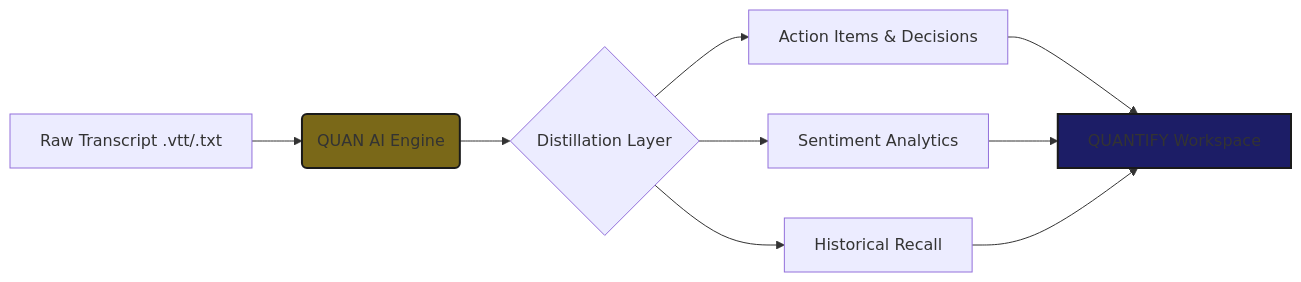
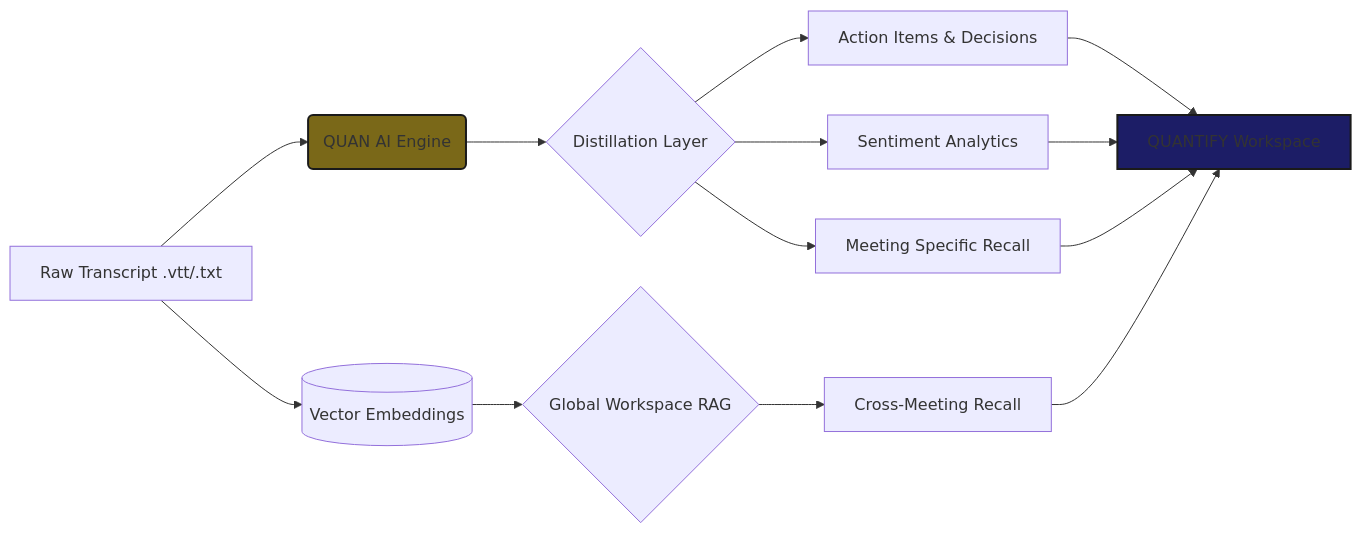
One commit to alexmathews03/quantify-meeting-intelligence-hub changed the diagram in README.md. Above: the diagram before and after it, drawn with Mermaid. The commit also changed other lines of this file, not shown here.

Commit message:
docs: Update README with RAG, Analytics, and Gemini specs

````diff
--- a/README.md
+++ b/README.md
@@ -24,11 +24,14 @@
 ```mermaid
 graph LR
-    Input[Raw Transcript .vtt/.txt] --> Engine(QUAN AI Engine)
+    Input[Raw Transcript .vtt/.txt] --> EmbedStore[(Vector Embeddings)]
+    Input --> Engine(QUAN AI Engine)
     Engine --> Logic{Distillation Layer}
     Logic --> Items[Action Items & Decisions]
     Logic --> Sentiment[Sentiment Analytics]
-    Logic --> Context[Historical Recall]
-    Items & Sentiment & Context --> Workspace[QUANTIFY Workspace]
+    Logic --> Context[Meeting Specific Recall]
+    EmbedStore --> GlobalRAG{Global Workspace RAG}
+    GlobalRAG --> GlobalContext[Cross-Meeting Recall]
+    Items & Sentiment & Context & GlobalContext --> Workspace[QUANTIFY Workspace]
     style Engine fill:#7a6818,stroke:#1a1a1a,stroke-width:2px
     style Workspace fill:#1c1d66,stroke:#1a1a1a,stroke-width:2px
 ```
````
